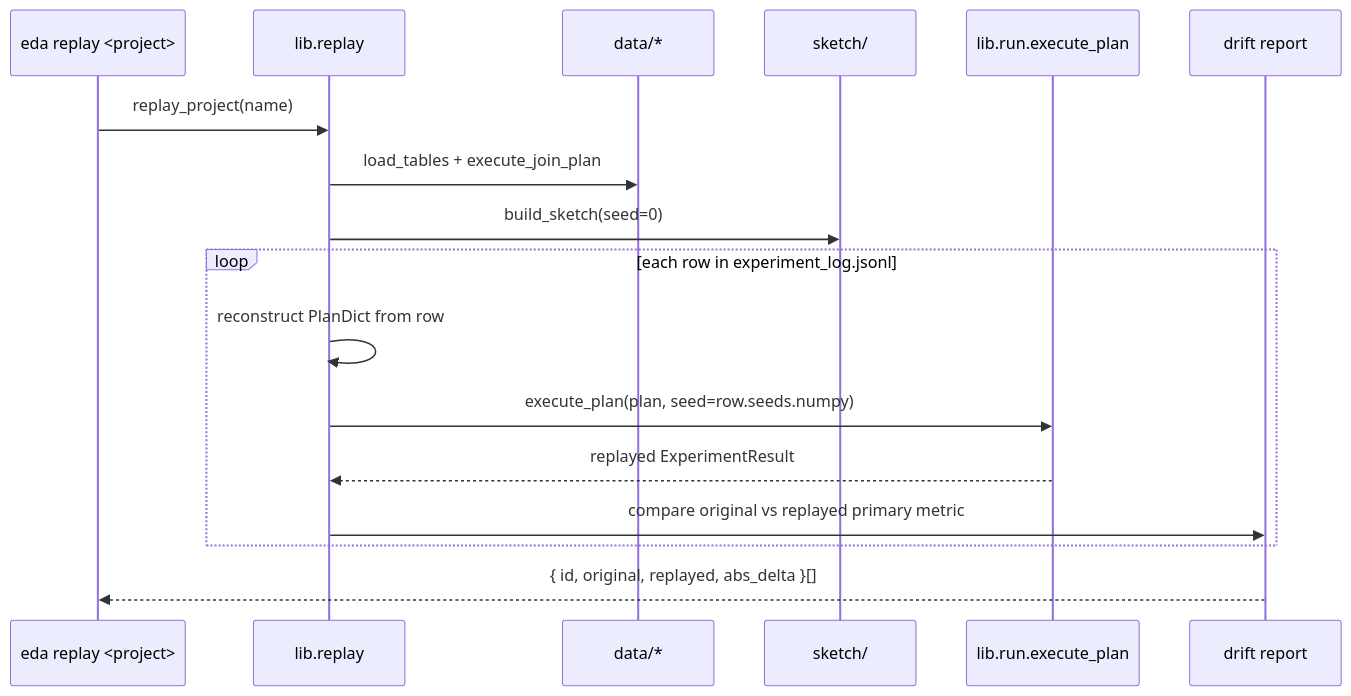
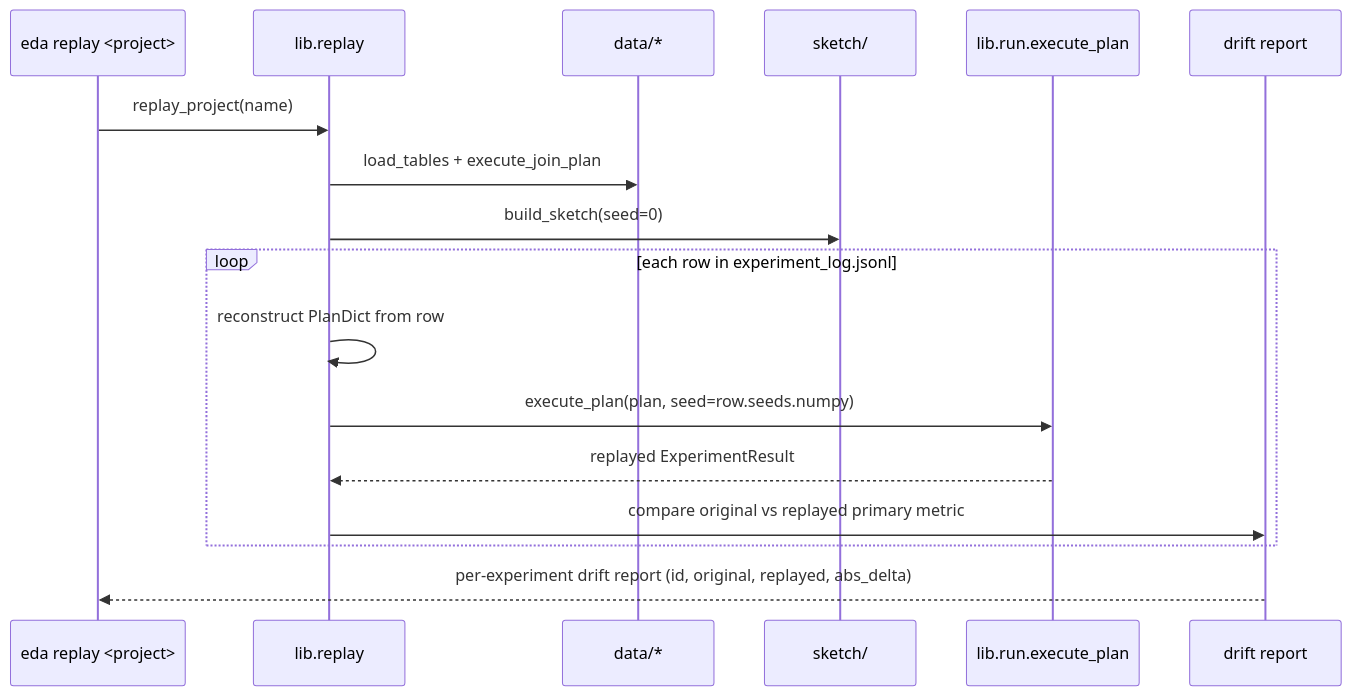
Diagram 14 of 17 in FEATURES.md (Faizan-SID26/AgenticEDAModellingTool), drawn with Mermaid before and after one commit. The commit also changed other lines of this file and 6 other files, not shown here.

````diff
--- a/FEATURES.md
+++ b/FEATURES.md
@@ -709,20 +709,20 @@
 ```mermaid
 sequenceDiagram
     participant CLI as eda replay <project>
     participant Replay as lib.replay
     participant Data as data/*
     participant Sketch as sketch/
     participant Run as lib.run.execute_plan
     participant Drift as drift report
 
     CLI->>Replay: replay_project(name)
     Replay->>Data: load_tables + execute_join_plan
     Replay->>Sketch: build_sketch(seed=0)
     loop each row in experiment_log.jsonl
         Replay->>Replay: reconstruct PlanDict from row
         Replay->>Run: execute_plan(plan, seed=row.seeds.numpy)
         Run-->>Replay: replayed ExperimentResult
         Replay->>Drift: compare original vs replayed primary metric
     end
-    Drift-->>CLI: { id, original, replayed, abs_delta }[]
+    Drift-->>CLI: per-experiment drift report (id, original, replayed, abs_delta)
 ```
````
